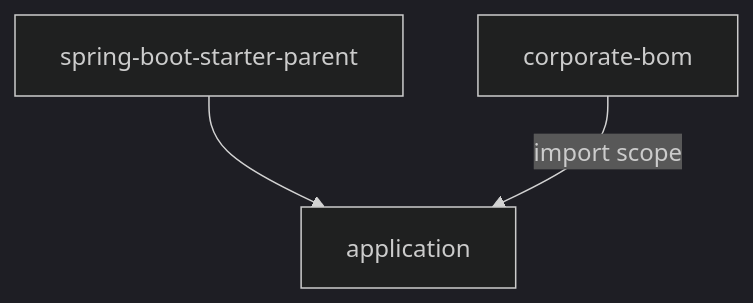
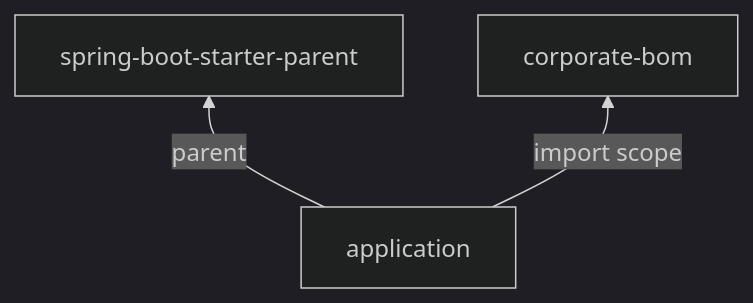
The seventh of 9 diagrams in README.md (IAAA-Lab/maven-corporate-pom), drawn with Mermaid (dark theme) before and after one commit. The commit also changed other lines of this file and 10 other files, not shown here.

````diff
--- a/README.md
+++ b/README.md
@@ -264,8 +272,8 @@
 ```mermaid
-flowchart TD
+flowchart BT
     bootParent["spring-boot-starter-parent"]
     app["application"]
     corporateBom["corporate-bom"]
-    bootParent --> app
-    corporateBom -->|"import scope"| app
+    app -->|"parent"| bootParent
+    app -->|"import scope"| corporateBom
 ```
````
